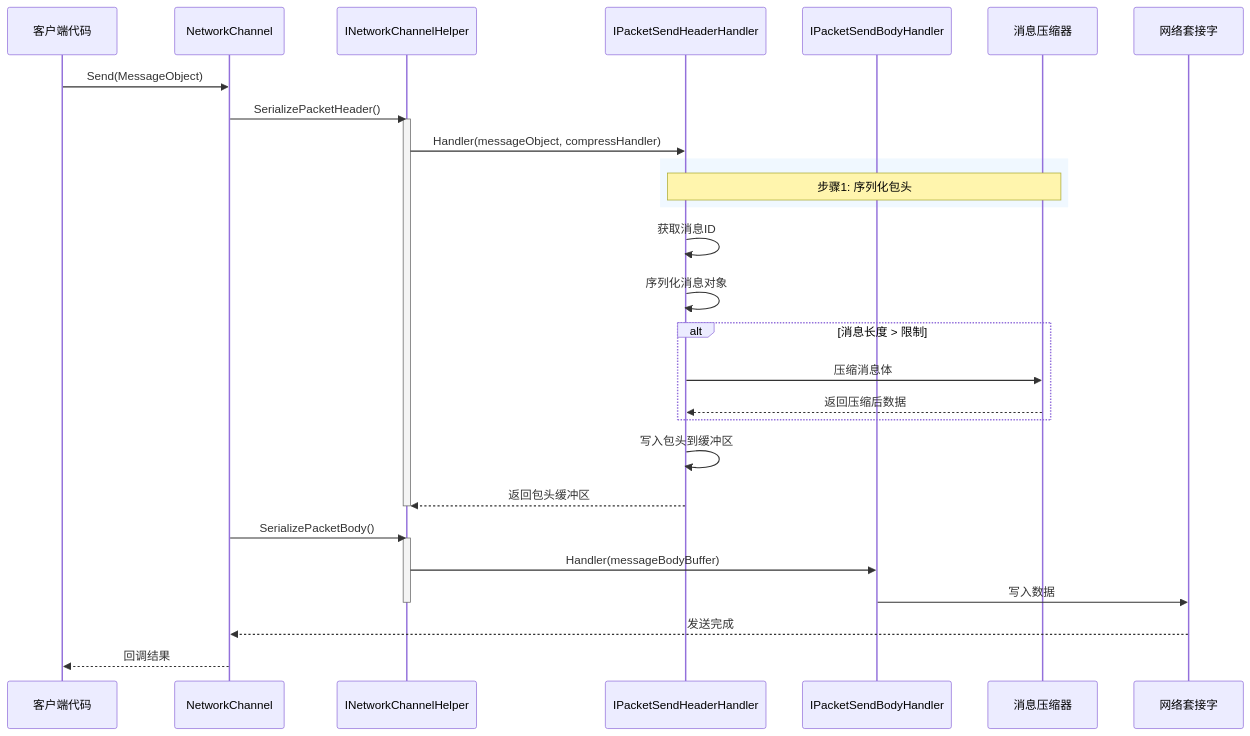
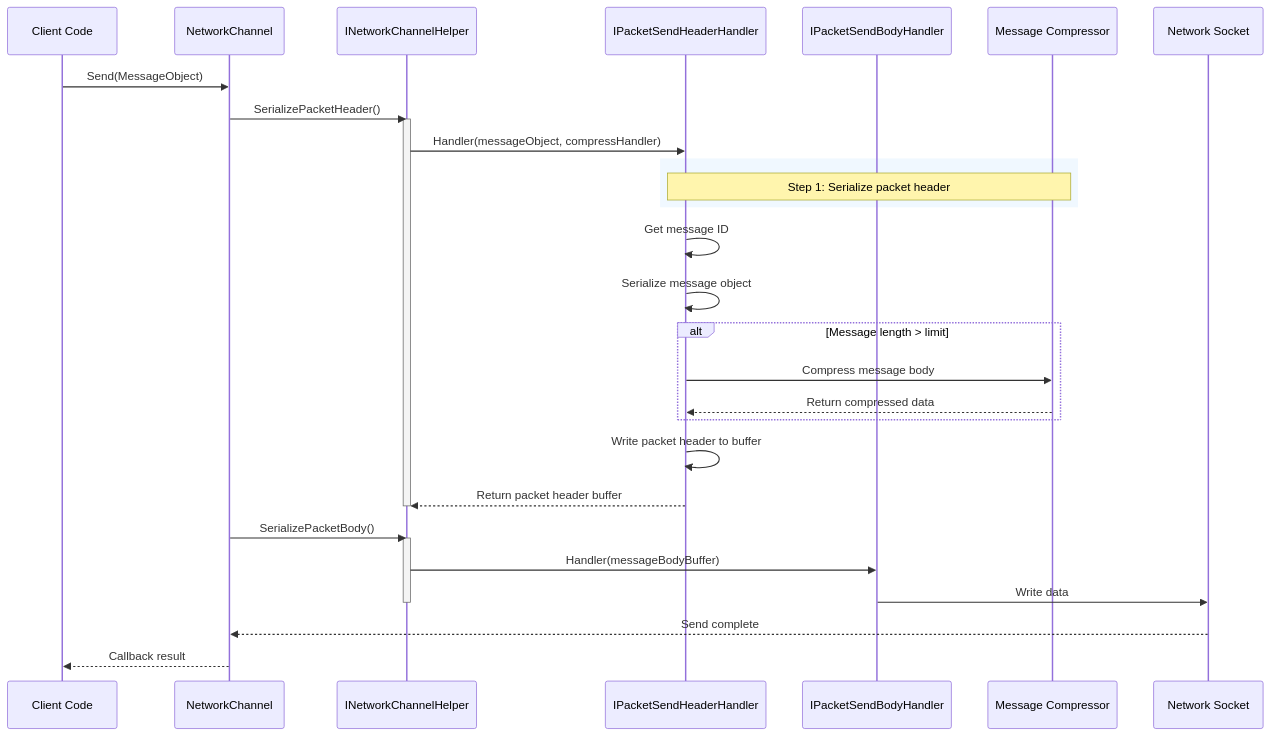
The second of 3 diagrams in docs/en/client/unity/component/network/07.packet-handlers.md (AlianBlank/GameFrameX.Docs), drawn with Mermaid before and after one commit. The commit also changed other lines of this file and 242 other files, not shown here.

````diff
--- a/docs/en/client/unity/component/network/07.packet-handlers.md
+++ b/docs/en/client/unity/component/network/07.packet-handlers.md
@@ -64,38 +64,38 @@
 ```mermaid
 sequenceDiagram
-    participant Client as 客户端代码
+    participant Client as Client Code
     participant Channel as NetworkChannel
     participant Helper as INetworkChannelHelper
     participant SendHeader as IPacketSendHeaderHandler
     participant SendBody as IPacketSendBodyHandler
-    participant Compress as 消息压缩器
-    participant Socket as 网络套接字
+    participant Compress as Message Compressor
+    participant Socket as Network Socket
 
     Client->>Channel: Send(MessageObject)
     Channel->>Helper: SerializePacketHeader()
     activate Helper
     Helper->>SendHeader: Handler(messageObject, compressHandler)
-    
+
     rect rgb(240, 248, 255)
-        Note over SendHeader,Compress: 步骤1: 序列化包头
+        Note over SendHeader,Compress: Step 1: Serialize packet header
     end
-    
-    SendHeader->>SendHeader: 获取消息ID
-    SendHeader->>SendHeader: 序列化消息对象
-    alt 消息长度 > 限制
-        SendHeader->>Compress: 压缩消息体
-        Compress-->>SendHeader: 返回压缩后数据
+
+    SendHeader->>SendHeader: Get message ID
+    SendHeader->>SendHeader: Serialize message object
+    alt Message length > limit
+        SendHeader->>Compress: Compress message body
+        Compress-->>SendHeader: Return compressed data
     end
-    SendHeader->>SendHeader: 写入包头到缓冲区
-    SendHeader-->>Helper: 返回包头缓冲区
+    SendHeader->>SendHeader: Write packet header to buffer
+    SendHeader-->>Helper: Return packet header buffer
     deactivate Helper
-    
+
     Channel->>Helper: SerializePacketBody()
     activate Helper
     Helper->>SendBody: Handler(messageBodyBuffer)
-    SendBody->>Socket: 写入数据
+    SendBody->>Socket: Write data
     deactivate Helper
-    
-    Socket-->>Channel: 发送完成
-    Channel-->>Client: 回调结果
+
+    Socket-->>Channel: Send complete
+    Channel-->>Client: Callback result
 ```
````
